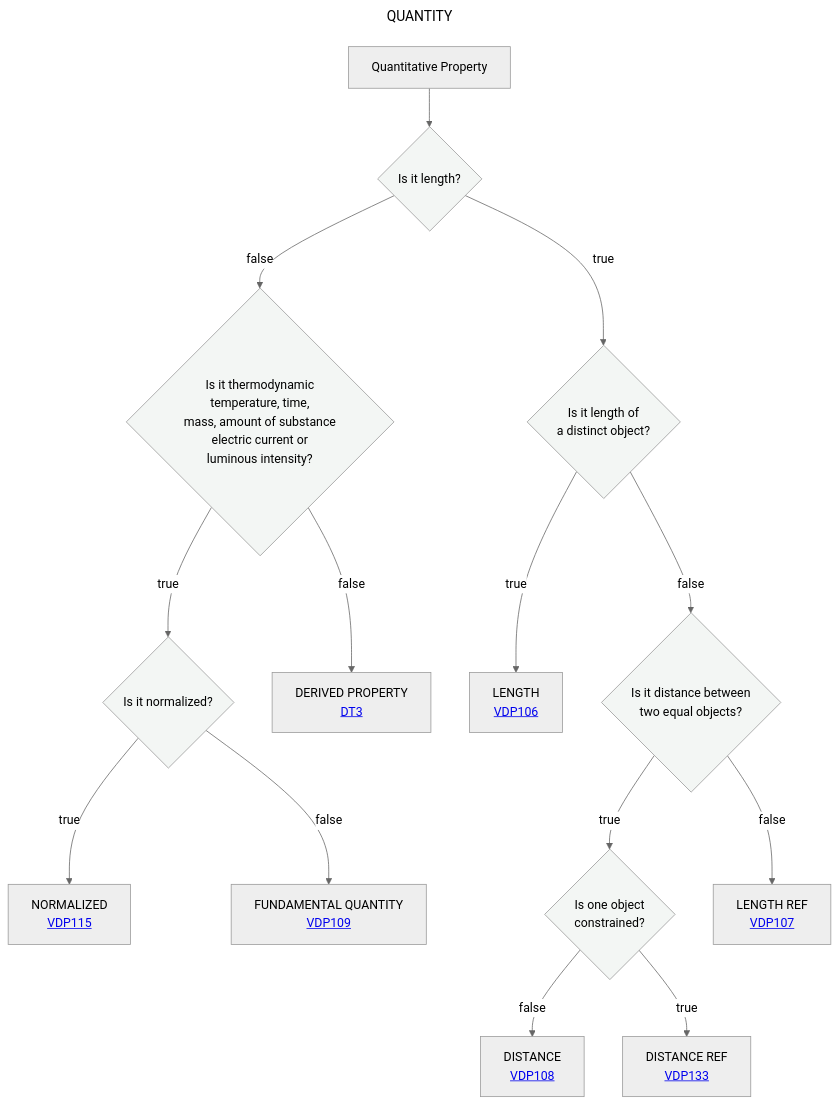
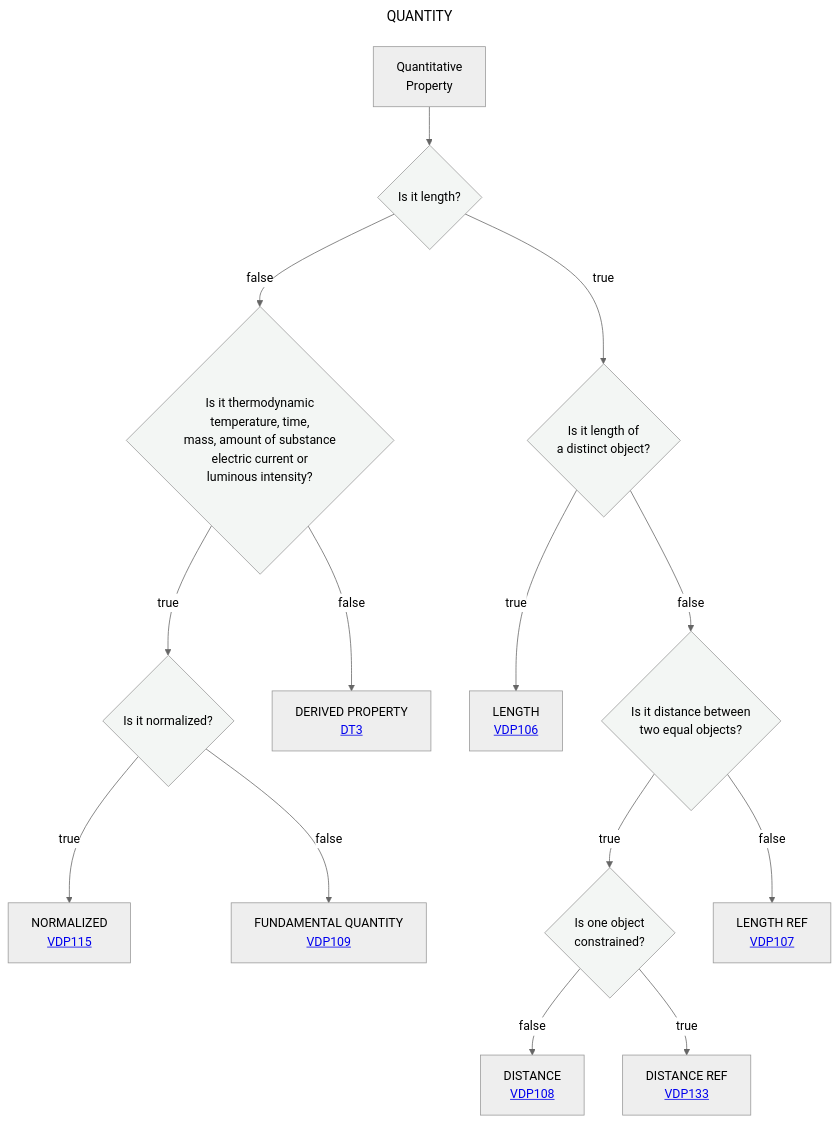
Before and after one commit to mabablue/I-ADOPT-patterns-playground: the diagram in Decisition_trees/DT2.mmd, drawn with Mermaid (neutral theme).

Commit message:
Fix formatting of 'Quantitative Property' in flowchart

```diff
--- a/Decisition_trees/DT2.mmd
+++ b/Decisition_trees/DT2.mmd
@@ -1,21 +1,21 @@
 ---
 title: QUANTITY
 ---
 flowchart TD
-    A[Quantitative Property] --> C{Is it length?}:::white
+    A[Quantitative <br> Property] --> C{Is it length?}:::white
     C --> |true|E{Is it length of <br> a distinct object?}:::white
     C --> |false|F{Is it thermodynamic <br> temperature, time,  <br> mass, amount of substance <br> electric current or <br> luminous intensity?}:::white
     F --> |true|G{Is it normalized?}:::white
     G --> |true|H[NORMALIZED <br> <a href='https://github.com/mabablue/I-ADOPT-patterns-playground/blob/main/pattern/VDP115.yaml'> VDP115</a>] 
     G --> |false|I[FUNDAMENTAL QUANTITY <br> <a href='https://github.com/mabablue/I-ADOPT-patterns-playground/blob/main/pattern/VDP109.yaml'> VDP109</a>] 
     F --> |false|M[DERIVED PROPERTY <br> <a href='https://github.com/mabablue/I-ADOPT-patterns-playground/blob/main/Decisition_trees/DT3.mmd'> DT3</a>] 
     E --> |true|N[LENGTH <br> <a href='https://github.com/mabablue/I-ADOPT-patterns-playground/blob/main/pattern/VD1P06.yaml'> VDP106</a>] 
     E --> |false|O{Is it distance between <br> two equal objects?}:::white
     O --> |true|P{Is one object <br> constrained?}:::white
     P --> |false|R[DISTANCE <br> <a href='https://github.com/mabablue/I-ADOPT-patterns-playground/blob/main/pattern/VDP108.yaml'> VDP108</a>] 
     P --> |true|S[DISTANCE REF<br> <a href='https://github.com/mabablue/I-ADOPT-patterns-playground/blob/main/pattern/VDP133.yaml'> VDP133</a>] 
     O --> |false|Q[LENGTH REF <br> <a href='https://github.com/mabablue/I-ADOPT-patterns-playground/blob/main/pattern/VDP107.yaml'> VDP107</a>] 
    classDef blue fill:#90D5FF
    classDef satblue fill:#57B9FF 
    classDef white fill:#f3f6f4
    classDef green fill:#6aa84f
```
